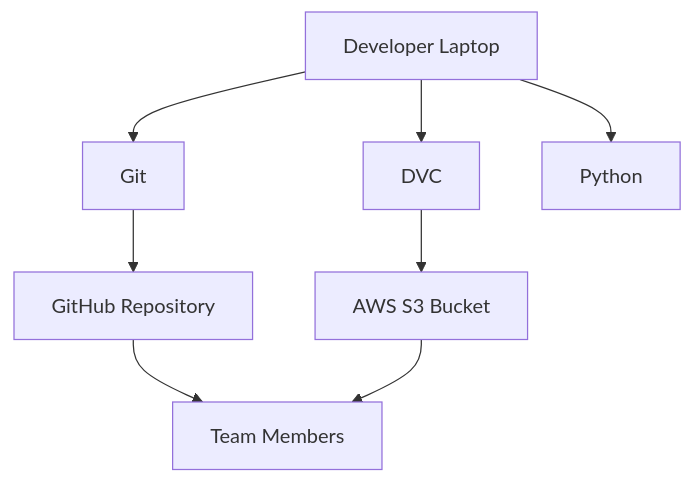
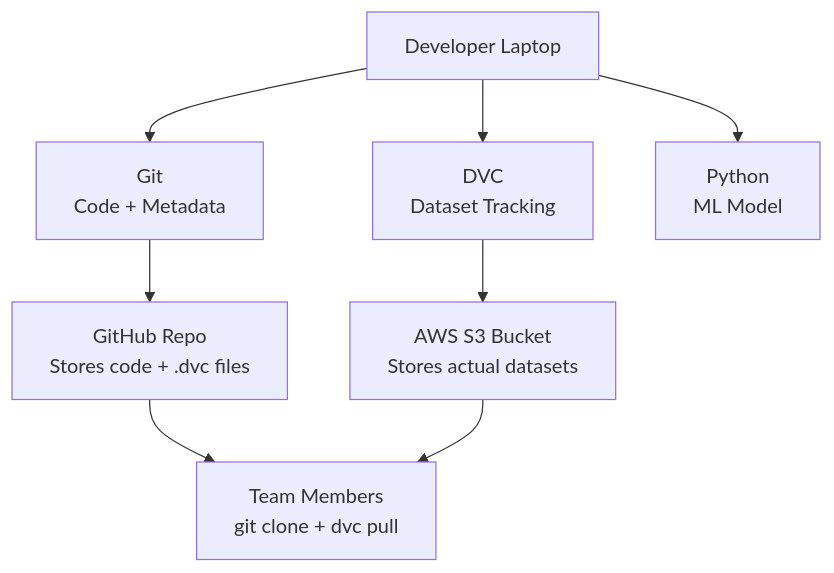
The diagram in Architecture_Diagram.md (ayshkatheria/Customer_Churn_Prediction_MLOps), drawn with Mermaid before and after one commit. The commit also changed other lines of this file, not shown here.

Commit message:
Revise architecture diagram with detailed annotations
Updated architecture diagram to include detailed descriptions for components and workflow.

````diff
--- a/Architecture_Diagram.md
+++ b/Architecture_Diagram.md
@@ -3,14 +3,16 @@
 ```mermaid
 flowchart TD
 
 A[Developer Laptop]
-A --> B[Git]
-A --> C[DVC]
-A --> D[Python]
 
-B --> E[GitHub Repository]
-C --> F[AWS S3 Bucket]
+A --> B[Git<br/>Code + Metadata]
+A --> C[DVC<br/>Dataset Tracking]
+A --> D[Python<br/>ML Model]
 
-E --> G[Team Members]
+B --> E[GitHub Repo<br/>Stores code + .dvc files]
+
+C --> F[AWS S3 Bucket<br/>Stores actual datasets]
+
+E --> G[Team Members<br/>git clone + dvc pull]
 F --> G
 ```
````
